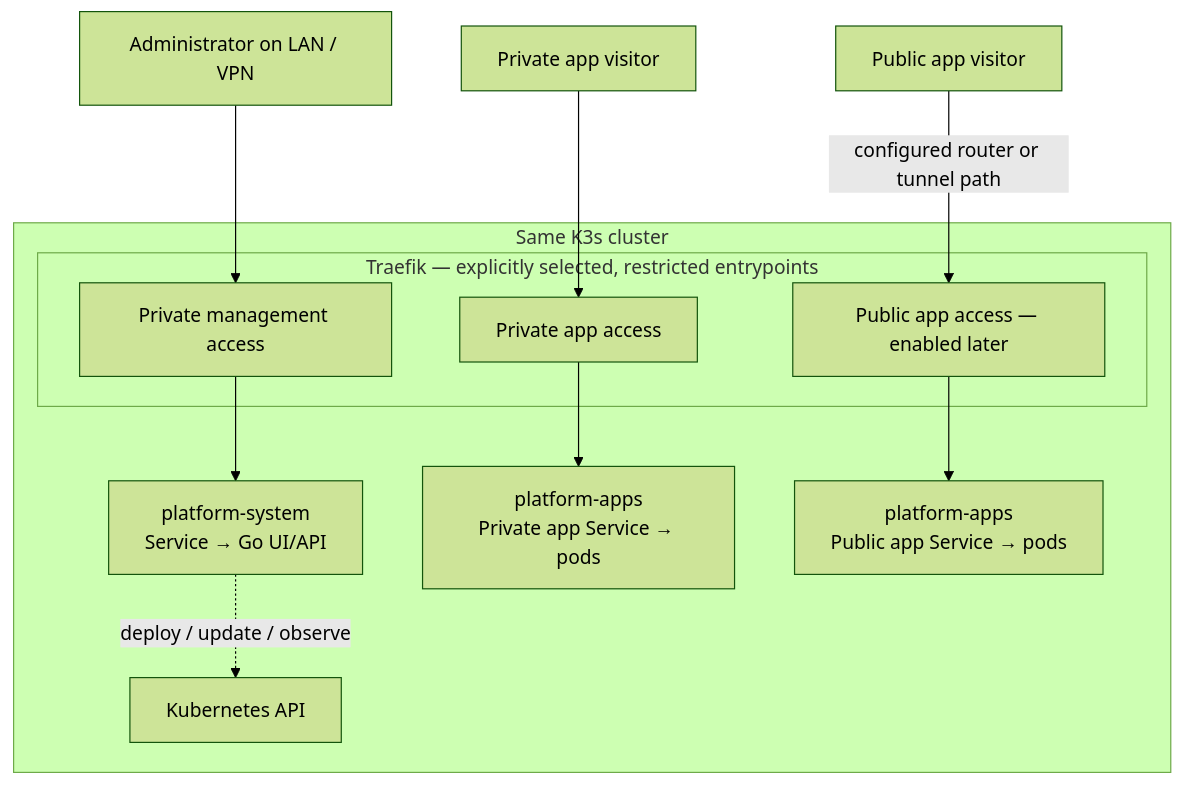
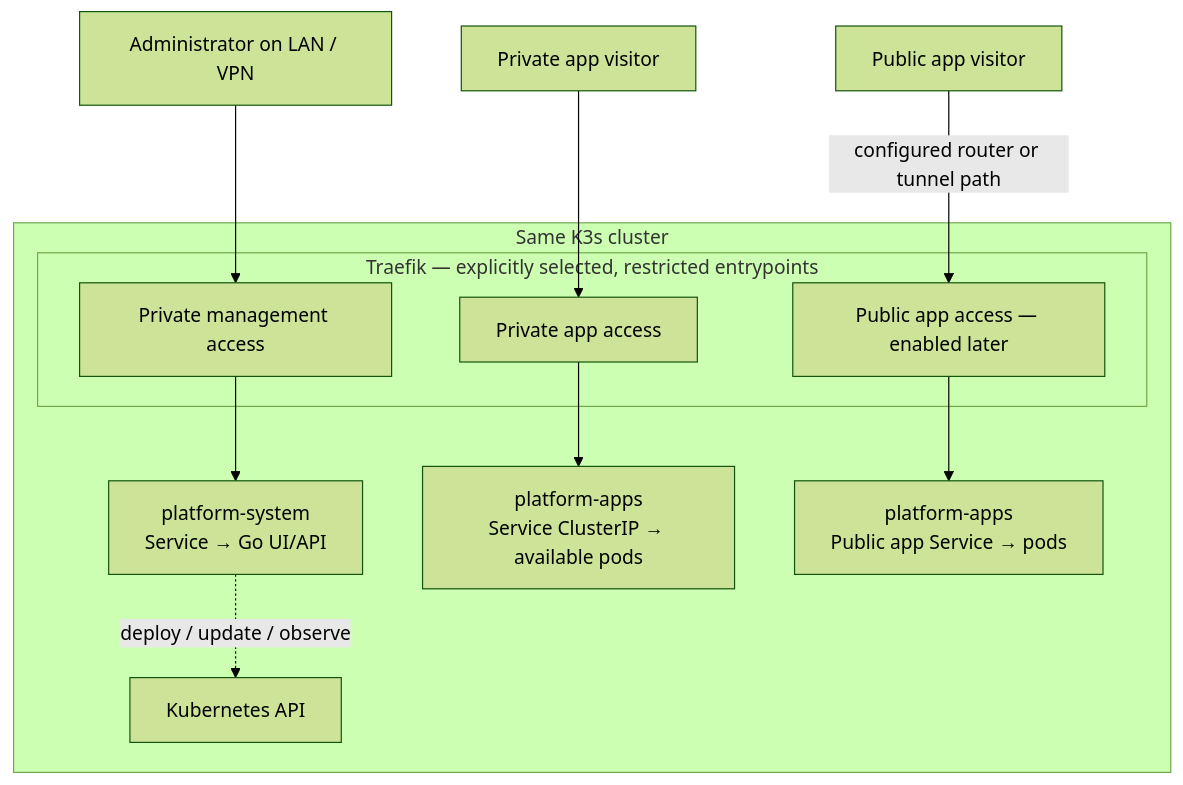
The second of 3 diagrams in docs/architecture.md (piotrek1459/k8s-internal-platform), drawn with Mermaid (forest theme) before and after one commit. The commit also changed other lines of this file and 105 other files, not shown here.

````diff
--- a/docs/architecture.md
+++ b/docs/architecture.md
@@ -178,27 +178,27 @@
 ```mermaid
 flowchart TB
     Admin["Administrator on LAN / VPN"]
     LAN["Private app visitor"]
     Internet["Public app visitor"]
 
     subgraph Cluster["Same K3s cluster"]
         subgraph Edge["Traefik — explicitly selected, restricted entrypoints"]
             Management["Private management access"]
             PrivateApps["Private app access"]
             PublicApps["Public app access — enabled later"]
         end
         Platform["platform-system<br/>Service → Go UI/API"]
         KAPI["Kubernetes API"]
-        PrivateService["platform-apps<br/>Private app Service → pods"]
+        PrivateService["platform-apps<br/>Service ClusterIP → available pods"]
         PublicService["platform-apps<br/>Public app Service → pods"]
 
         Management --> Platform
         Platform -. "deploy / update / observe" .-> KAPI
         PrivateApps --> PrivateService
         PublicApps --> PublicService
     end
 
     Admin --> Management
     LAN --> PrivateApps
     Internet -->|configured router or tunnel path| PublicApps
 ```
````
